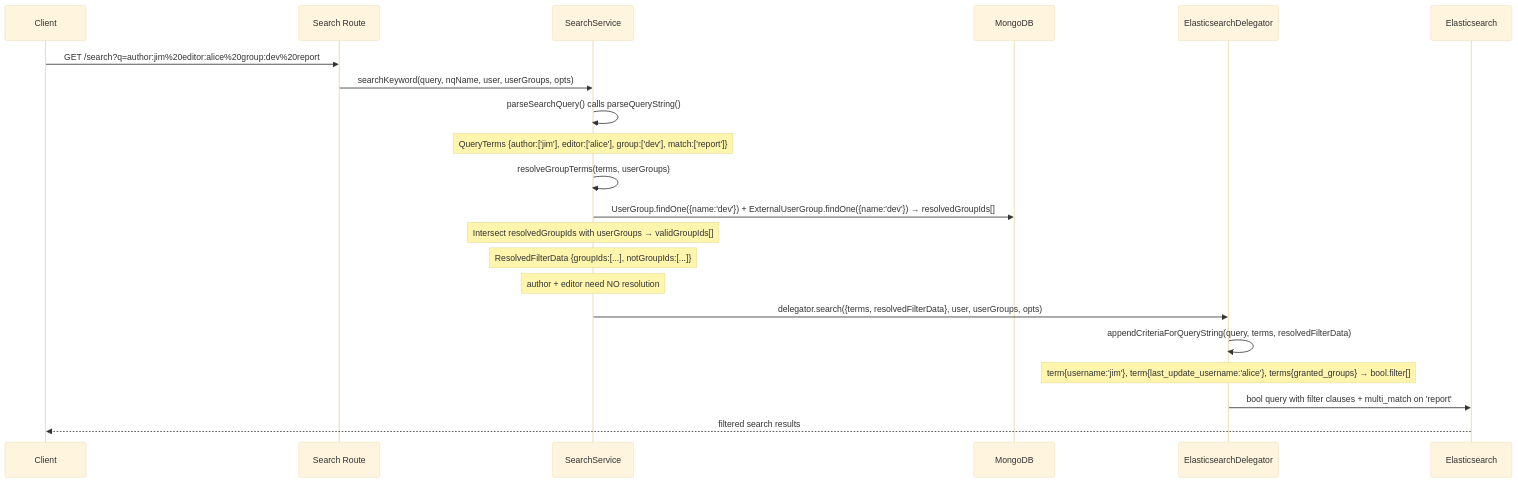
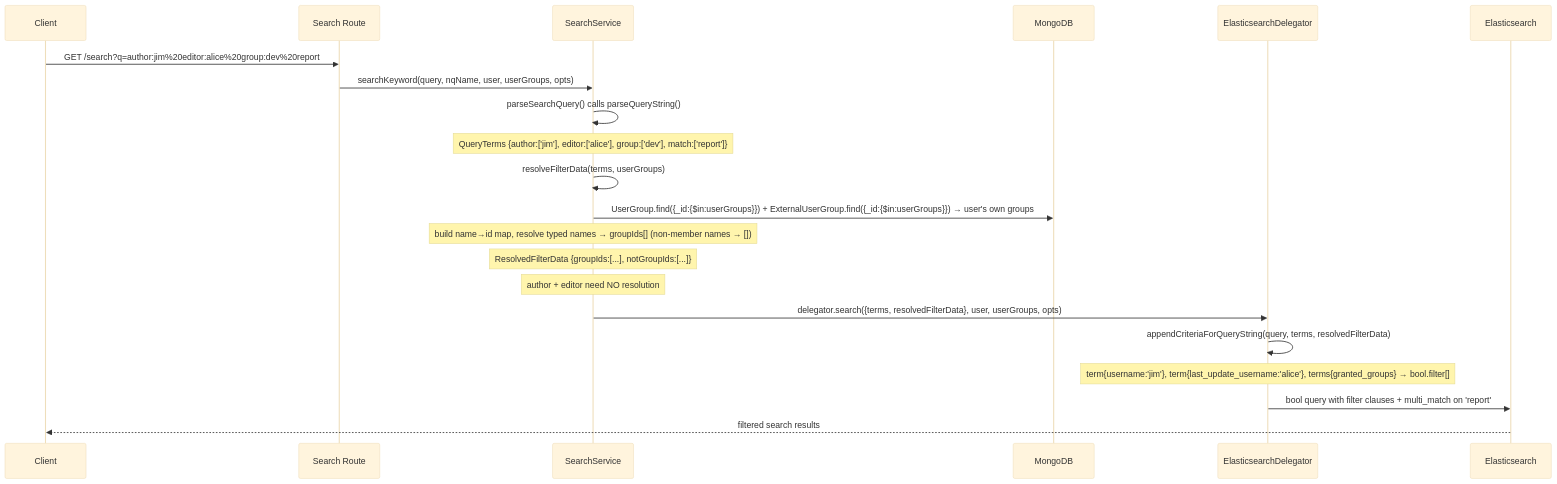
Before and after one commit to growilabs/growi: the third of 3 diagrams in .kiro/specs/search-filters/design.md, drawn with Mermaid (base theme). The commit also changed other lines of this file and 7 other files, not shown here.

````diff
--- a/.kiro/specs/search-filters/design.md
+++ b/.kiro/specs/search-filters/design.md
@@ -183,24 +183,24 @@
 ```mermaid
 sequenceDiagram
     participant Client
     participant Route as Search Route
     participant SS as SearchService
     participant DB as MongoDB
     participant ED as ElasticsearchDelegator
     participant ES as Elasticsearch
 
     Client->>Route: GET /search?q=author:jim%20editor:alice%20group:dev%20report
     Route->>SS: searchKeyword(query, nqName, user, userGroups, opts)
     SS->>SS: parseSearchQuery() calls parseQueryString()
     Note over SS: QueryTerms {author:['jim'], editor:['alice'], group:['dev'], match:['report']}
-    SS->>SS: resolveGroupTerms(terms, userGroups)
-    SS->>DB: UserGroup.findOne({name:'dev'}) + ExternalUserGroup.findOne({name:'dev'}) → resolvedGroupIds[]
-    Note over SS: Intersect resolvedGroupIds with userGroups → validGroupIds[]
+    SS->>SS: resolveFilterData(terms, userGroups)
+    SS->>DB: UserGroup.find({_id:{$in:userGroups}}) + ExternalUserGroup.find({_id:{$in:userGroups}}) → user's own groups
+    Note over SS: build name→id map, resolve typed names → groupIds[] (non-member names → [])
     Note over SS: ResolvedFilterData {groupIds:[...], notGroupIds:[...]}
     Note over SS: author + editor need NO resolution
     SS->>ED: delegator.search({terms, resolvedFilterData}, user, userGroups, opts)
     ED->>ED: appendCriteriaForQueryString(query, terms, resolvedFilterData)
     Note over ED: term{username:'jim'}, term{last_update_username:'alice'}, terms{granted_groups} → bool.filter[]
     ED->>ES: bool query with filter clauses + multi_match on 'report'
     ES-->>Client: filtered search results
 ```
````
